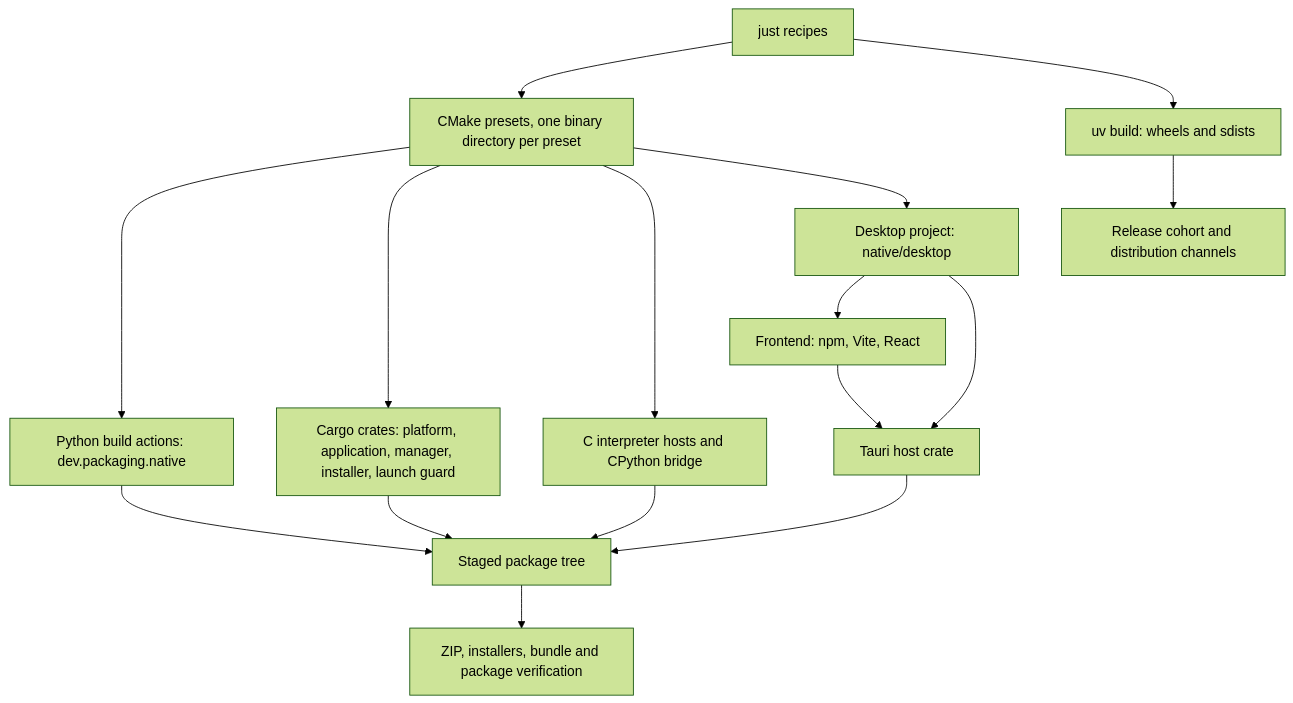
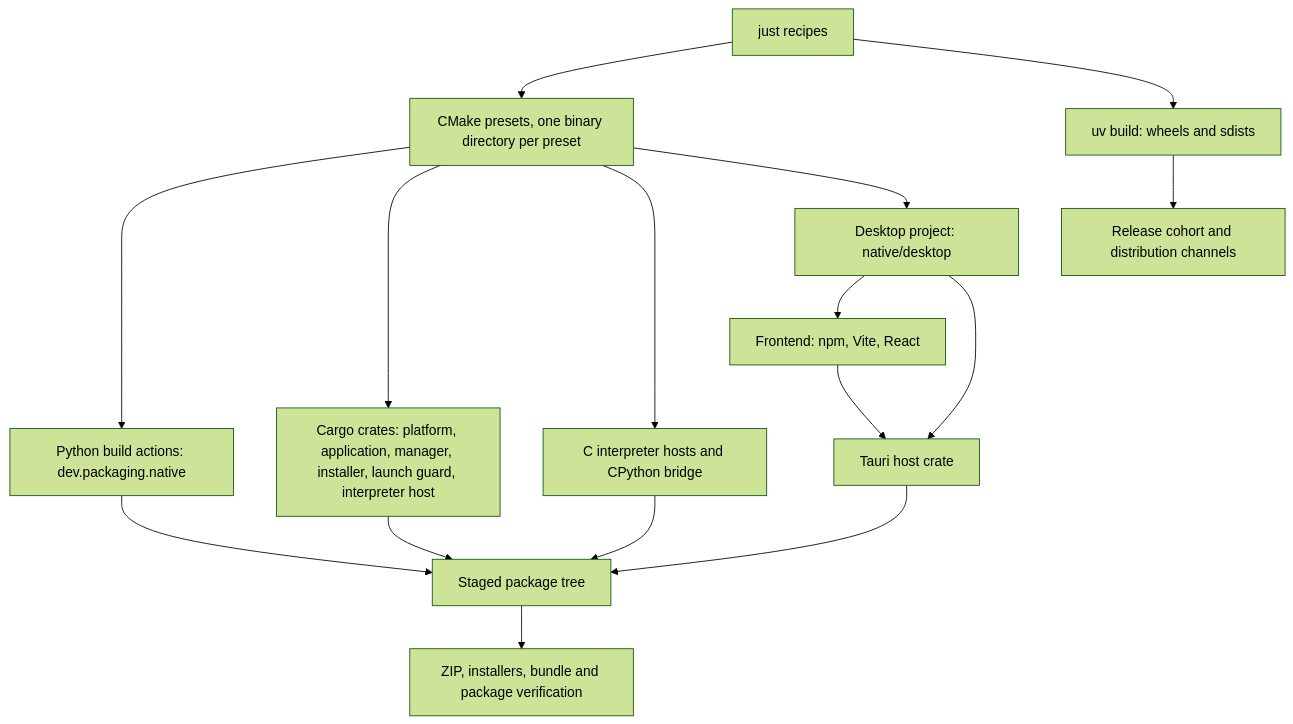
Before and after one commit to nevenincs/cadrumo: the second of 2 diagrams in .claude/skills/cadrumo-start/SKILL.md, drawn with Mermaid (forest theme). The commit also changed other lines of this file and 499 other files, not shown here.

````diff
--- a/.claude/skills/cadrumo-start/SKILL.md
+++ b/.claude/skills/cadrumo-start/SKILL.md
@@ -58,18 +59,18 @@
 ```mermaid
 flowchart TD
   J[just recipes] --> CM[CMake presets, one binary directory per preset]
   J --> UV[uv build: wheels and sdists]
   CM --> PY[Python build actions: dev.packaging.native]
-  CM --> RS[Cargo crates: platform, application, manager, installer, launch guard]
+  CM --> RS[Cargo crates: platform, application, manager, installer, launch guard, interpreter host]
   CM --> IH[C interpreter hosts and CPython bridge]
   CM --> DK[Desktop project: native/desktop]
   DK --> FE[Frontend: npm, Vite, React]
   DK --> TA[Tauri host crate]
   FE --> TA
   PY --> ST[Staged package tree]
   RS --> ST
   IH --> ST
   TA --> ST
   ST --> PK[ZIP, installers, bundle and package verification]
   UV --> RC[Release cohort and distribution channels]
 ```
````
